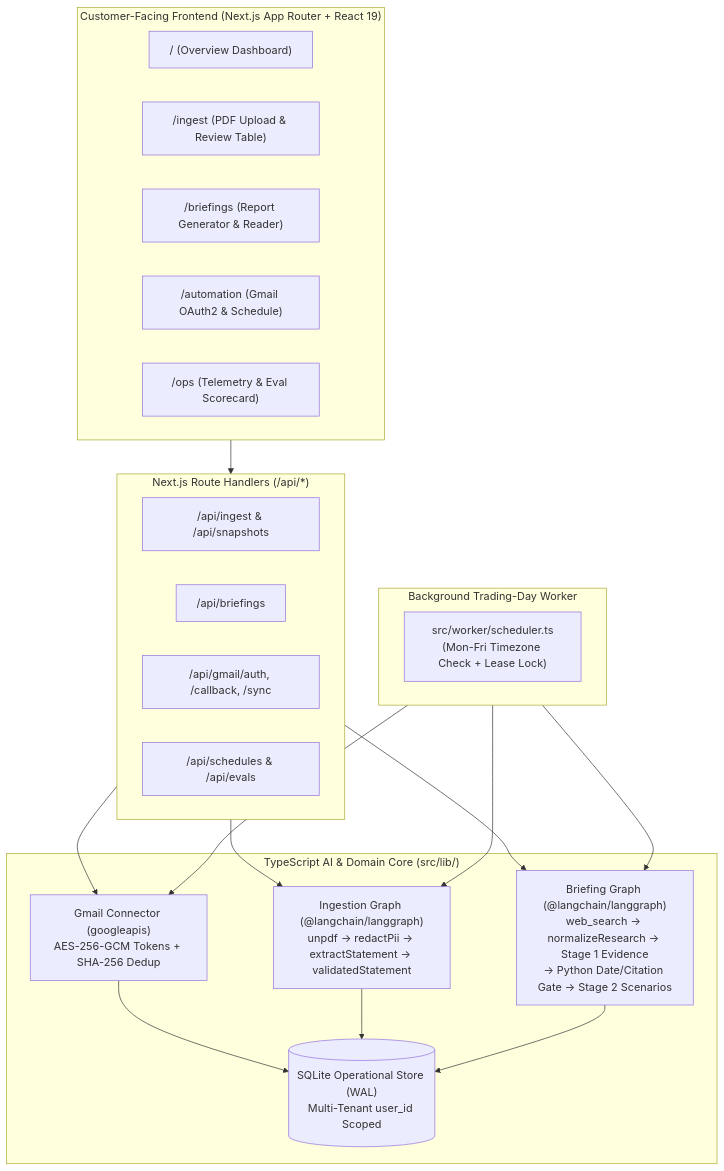
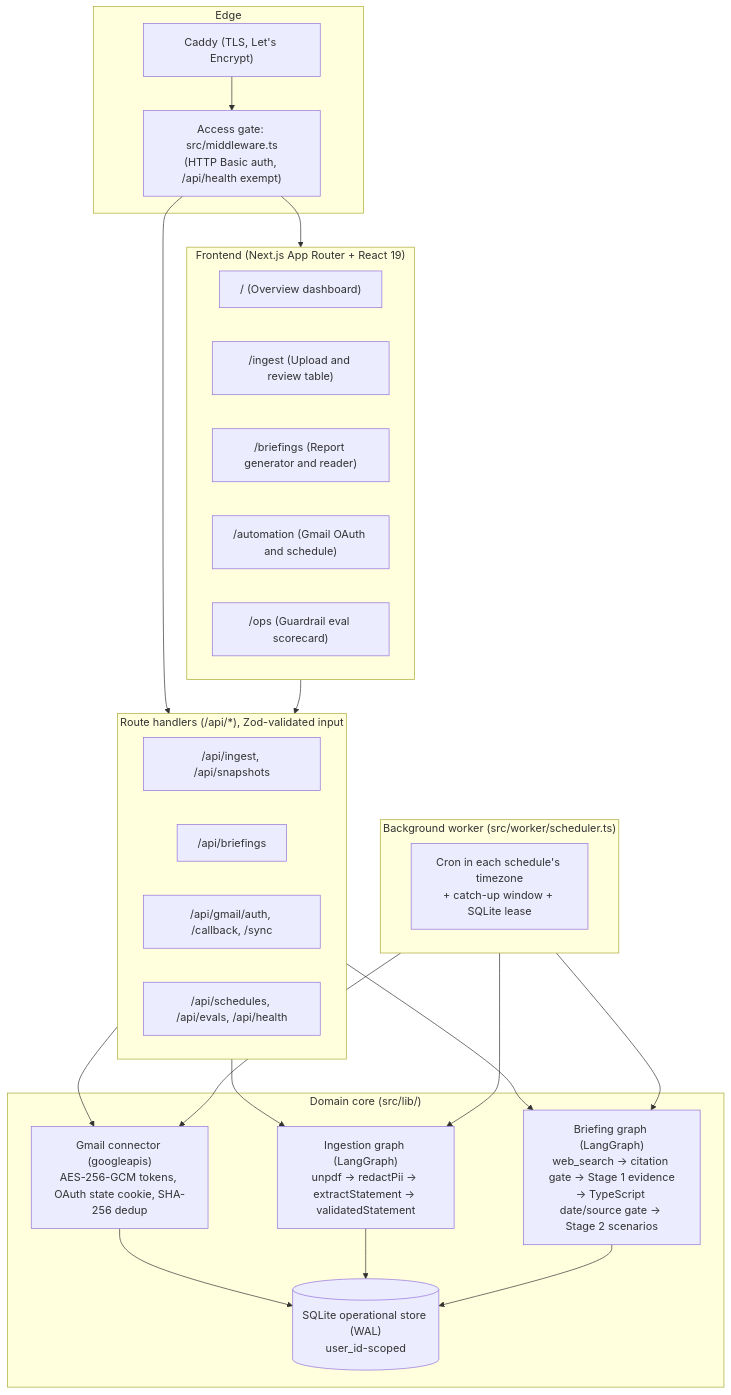
The diagram in docs/architecture-hld.md (ruobin/ledgerpulse), drawn with Mermaid before and after one commit. The commit also changed other lines of this file and 4 other files, not shown here.

````diff
--- a/docs/architecture-hld.md
+++ b/docs/architecture-hld.md
@@ -9,39 +9,46 @@
 ```mermaid
 flowchart TB
-    subgraph Client["Customer-Facing Frontend (Next.js App Router + React 19)"]
-        UI1["/ (Overview Dashboard)"]
-        UI2["/ingest (PDF Upload & Review Table)"]
-        UI3["/briefings (Report Generator & Reader)"]
-        UI4["/automation (Gmail OAuth2 & Schedule)"]
-        UI5["/ops (Telemetry & Eval Scorecard)"]
+    subgraph Edge["Edge"]
+        CADDY["Caddy (TLS, Let's Encrypt)"]
+        GATE["Access gate: src/middleware.ts<br/>(HTTP Basic auth, /api/health exempt)"]
     end
 
-    subgraph API["Next.js Route Handlers (/api/*)"]
-        A1["/api/ingest & /api/snapshots"]
+    subgraph Client["Frontend (Next.js App Router + React 19)"]
+        UI1["/ (Overview dashboard)"]
+        UI2["/ingest (Upload and review table)"]
+        UI3["/briefings (Report generator and reader)"]
+        UI4["/automation (Gmail OAuth and schedule)"]
+        UI5["/ops (Guardrail eval scorecard)"]
+    end
+
+    subgraph API["Route handlers (/api/*), Zod-validated input"]
+        A1["/api/ingest, /api/snapshots"]
         A2["/api/briefings"]
         A3["/api/gmail/auth, /callback, /sync"]
-        A4["/api/schedules & /api/evals"]
+        A4["/api/schedules, /api/evals, /api/health"]
     end
 
-    subgraph Worker["Background Trading-Day Worker"]
-        W1["src/worker/scheduler.ts<br/>(Mon-Fri Timezone Check + Lease Lock)"]
+    subgraph Worker["Background worker (src/worker/scheduler.ts)"]
+        W1["Cron in each schedule's timezone<br/>+ catch-up window + SQLite lease"]
     end
 
-    subgraph Core["TypeScript AI & Domain Core (src/lib/)"]
-        G1["Ingestion Graph (@langchain/langgraph)<br/>unpdf -> redactPii -> extractStatement -> validatedStatement"]
-        G2["Briefing Graph (@langchain/langgraph)<br/>web_search -> normalizeResearch -> Stage 1 Evidence<br/>-> Python Date/Citation Gate -> Stage 2 Scenarios"]
-        GM["Gmail Connector (googleapis)<br/>AES-256-GCM Tokens + SHA-256 Dedup"]
-        DB[("SQLite Operational Store (WAL)<br/>Multi-Tenant user_id Scoped")]
+    subgraph Core["Domain core (src/lib/)"]
+        G1["Ingestion graph (LangGraph)<br/>unpdf -> redactPii -> extractStatement -> validatedStatement"]
+        G2["Briefing graph (LangGraph)<br/>web_search -> citation gate -> Stage 1 evidence<br/>-> TypeScript date/source gate -> Stage 2 scenarios"]
+        GM["Gmail connector (googleapis)<br/>AES-256-GCM tokens, OAuth state cookie, SHA-256 dedup"]
+        DB[("SQLite operational store (WAL)<br/>user_id-scoped")]
     end
 
+    CADDY --> GATE --> Client
+    GATE --> API
     Client --> API
     API --> G1
     API --> G2
     API --> GM
     Worker --> GM
     Worker --> G1
     Worker --> G2
     GM --> DB
     G1 --> DB
     G2 --> DB
 ```
````
